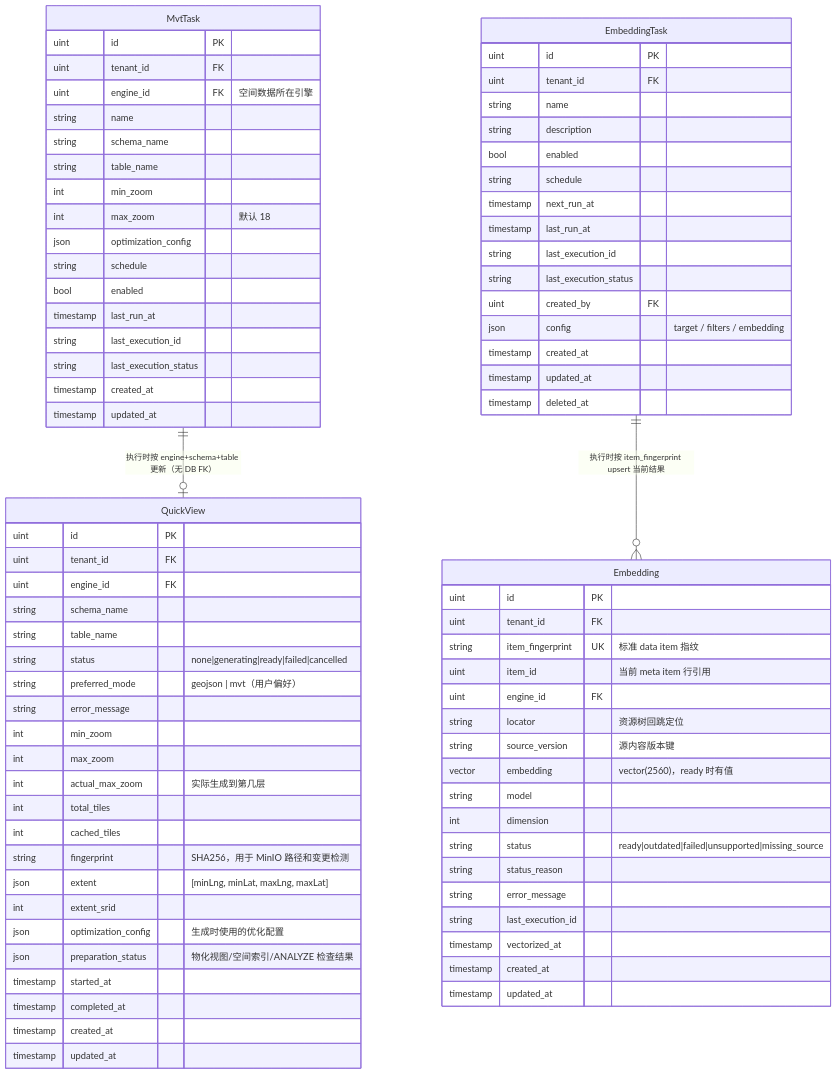
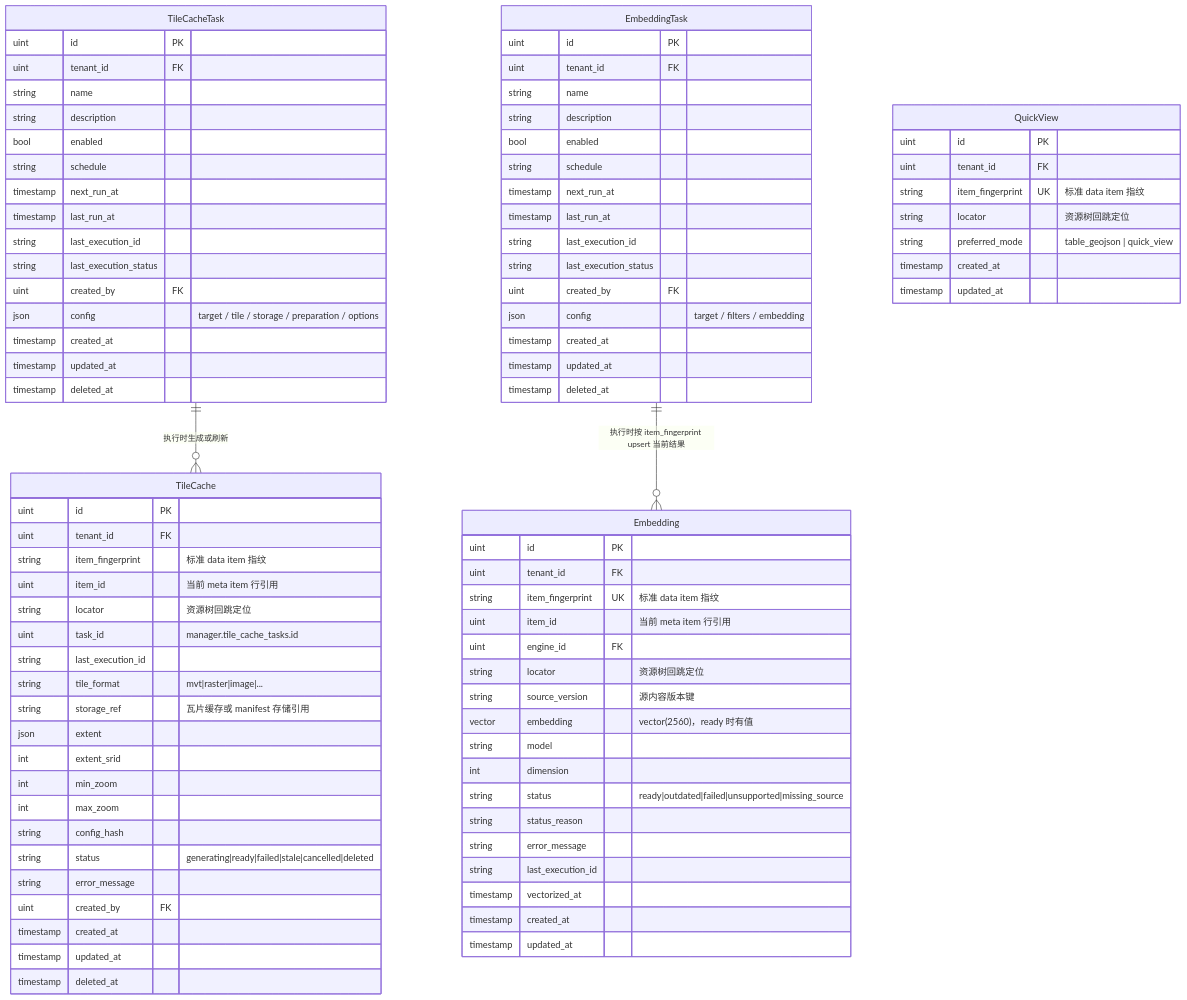
One commit to pampa0629/addp changed the third of 9 diagrams in docs/concepts/addp核心对象ER图（元模型）.md. Above: the diagram before and after it, drawn with Mermaid. The commit also changed other lines of this file and 136 other files, not shown here.

````diff
--- a/docs/concepts/addp核心对象ER图（元模型）.md
+++ b/docs/concepts/addp核心对象ER图（元模型）.md
@@ -562,22 +558,21 @@
 ```mermaid
 erDiagram
-    MvtTask {
+    TileCacheTask {
         uint id PK
         uint tenant_id FK
-        uint engine_id FK "空间数据所在引擎"
         string name
-        string schema_name
-        string table_name
-        int min_zoom
-        int max_zoom "默认 18"
-        json optimization_config
+        string description
+        bool enabled
         string schedule
-        bool enabled
+        timestamp next_run_at
         timestamp last_run_at
         string last_execution_id
         string last_execution_status
+        uint created_by FK
+        json config "target / tile / storage / preparation / options"
         timestamp created_at
         timestamp updated_at
+        timestamp deleted_at
     }
 
     EmbeddingTask {
@@ -601,26 +596,34 @@
     QuickView {
         uint id PK
         uint tenant_id FK
-        uint engine_id FK
-        string schema_name
-        string table_name
-        string status "none|generating|ready|failed|cancelled"
-        string preferred_mode "geojson | mvt（用户偏好）"
-        string error_message
+        string item_fingerprint UK "标准 data item 指纹"
+        string locator "资源树回跳定位"
+        string preferred_mode "table_geojson | quick_view"
+        timestamp created_at
+        timestamp updated_at
+    }
+
+    TileCache {
+        uint id PK
+        uint tenant_id FK
+        string item_fingerprint "标准 data item 指纹"
+        uint item_id "当前 meta item 行引用"
+        string locator "资源树回跳定位"
+        uint task_id "manager.tile_cache_tasks.id"
+        string last_execution_id
+        string tile_format "mvt|raster|image|..."
+        string storage_ref "瓦片缓存或 manifest 存储引用"
+        json extent
+        int extent_srid
         int min_zoom
         int max_zoom
-        int actual_max_zoom "实际生成到第几层"
-        int total_tiles
-        int cached_tiles
-        string fingerprint "SHA256，用于 MinIO 路径和变更检测"
-        json extent "[minLng, minLat, maxLng, maxLat]"
-        int extent_srid
-        json optimization_config "生成时使用的优化配置"
-        json preparation_status "物化视图/空间索引/ANALYZE 检查结果"
-        timestamp started_at
-        timestamp completed_at
+        string config_hash
+        string status "generating|ready|failed|stale|cancelled|deleted"
+        string error_message
+        uint created_by FK
         timestamp created_at
         timestamp updated_at
+        timestamp deleted_at
     }
 
     Embedding {
@@ -643,6 +646,6 @@
         timestamp updated_at
     }
 
-    MvtTask ||--o| QuickView : "执行时按 engine+schema+table 更新（无 DB FK）"
+    TileCacheTask ||--o{ TileCache : "执行时生成或刷新"
     EmbeddingTask ||--o{ Embedding : "执行时按 item_fingerprint upsert 当前结果"
 ```
````
